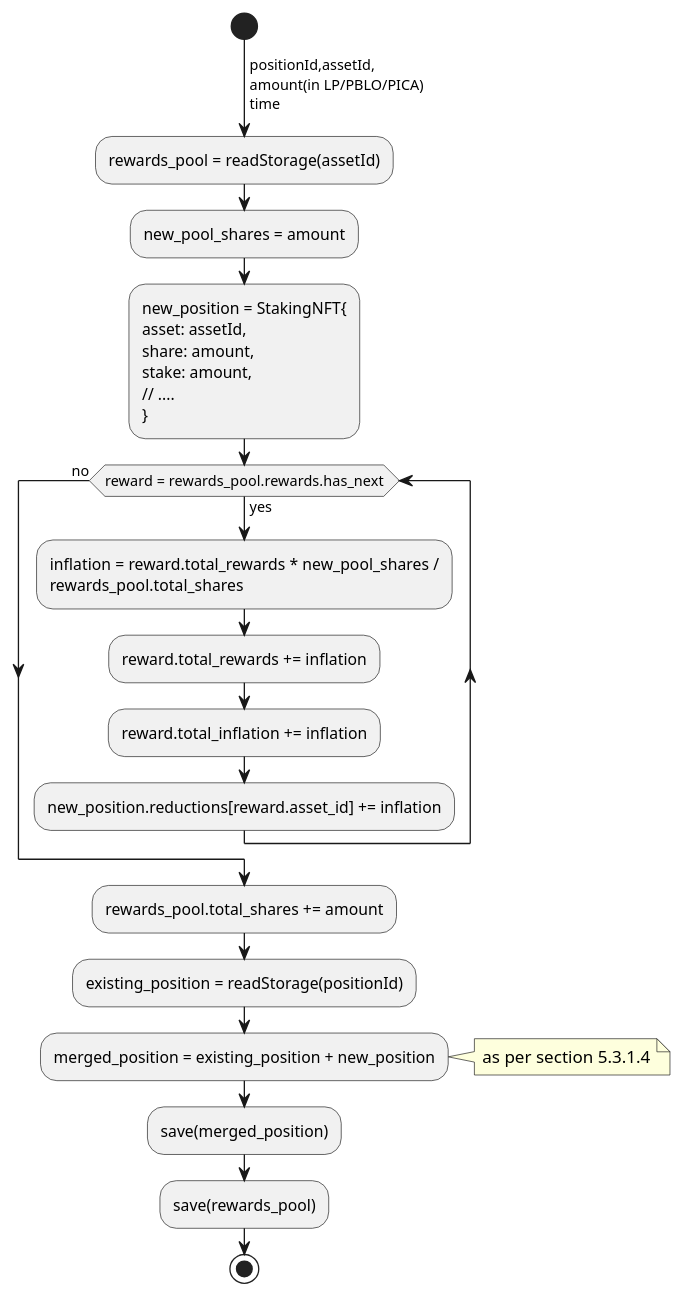
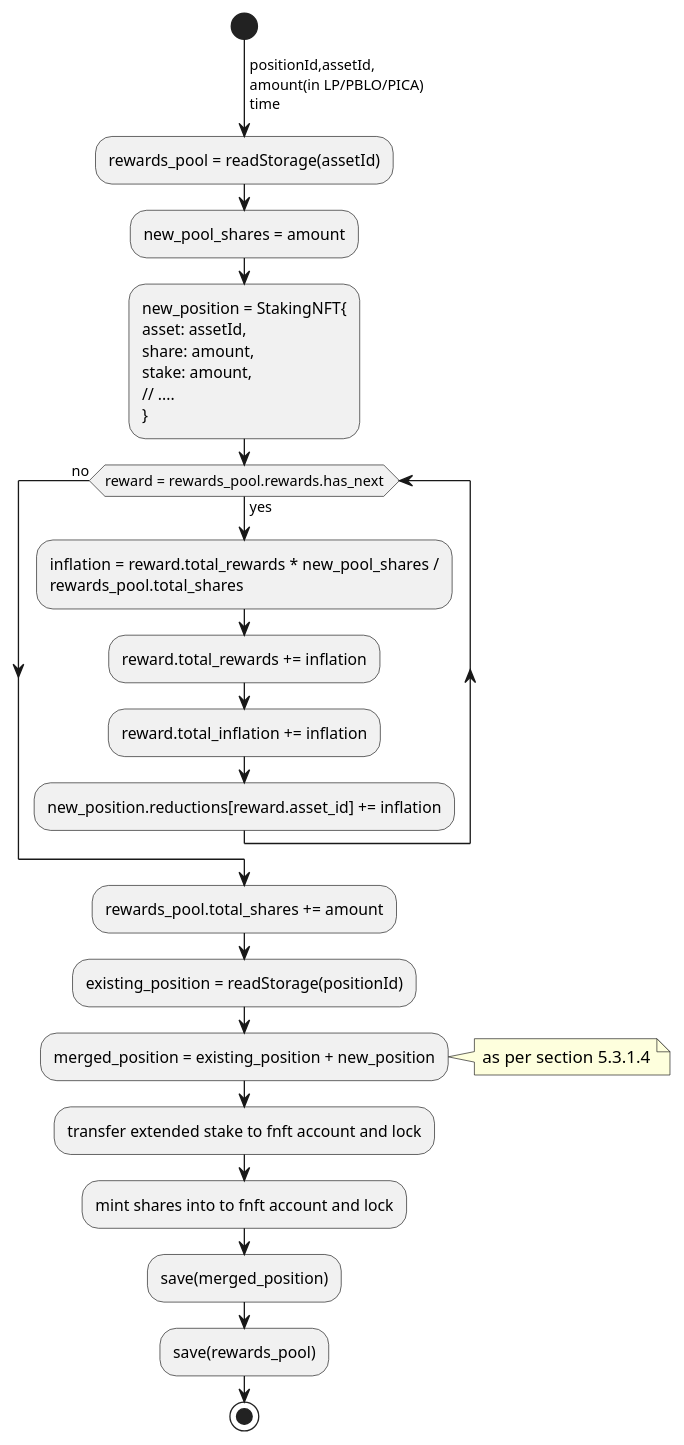
The fifth of 9 diagrams in rfcs/0005-pablo-distribution-assets/0005-pablo-distribution.adoc (ComposableFi/composable), drawn with PlantUML before and after one commit. The commit also changed other lines of this file and 14 other files, not shown here.

```diff
--- a/rfcs/0005-pablo-distribution-assets/0005-pablo-distribution.adoc
+++ b/rfcs/0005-pablo-distribution-assets/0005-pablo-distribution.adoc
@@ -424,26 +433,28 @@
 [plantuml,images/extend-position,png]
 ----
 start
 ->positionId,assetId,\namount(in LP/PBLO/PICA)\ntime;
 :rewards_pool = readStorage(assetId);
 :new_pool_shares = amount;
 :new_position = StakingNFT{
 asset: assetId,
 share: amount,
 stake: amount,
 // ....
 };
 while (reward = rewards_pool.rewards.has_next) is (yes)
     :inflation = reward.total_rewards * new_pool_shares /\nrewards_pool.total_shares;
     :reward.total_rewards += inflation;
     :reward.total_inflation += inflation;
     :new_position.reductions[reward.asset_id] += inflation;
 endwhile (no)
 :rewards_pool.total_shares += amount;
 :existing_position = readStorage(positionId);
 :merged_position = existing_position + new_position;
 note right: as per section 5.3.1.4
+:transfer extended stake to fnft account and lock;
+:mint shares into to fnft account and lock;
 :save(merged_position);
 :save(rewards_pool);
 stop
 ----
```
